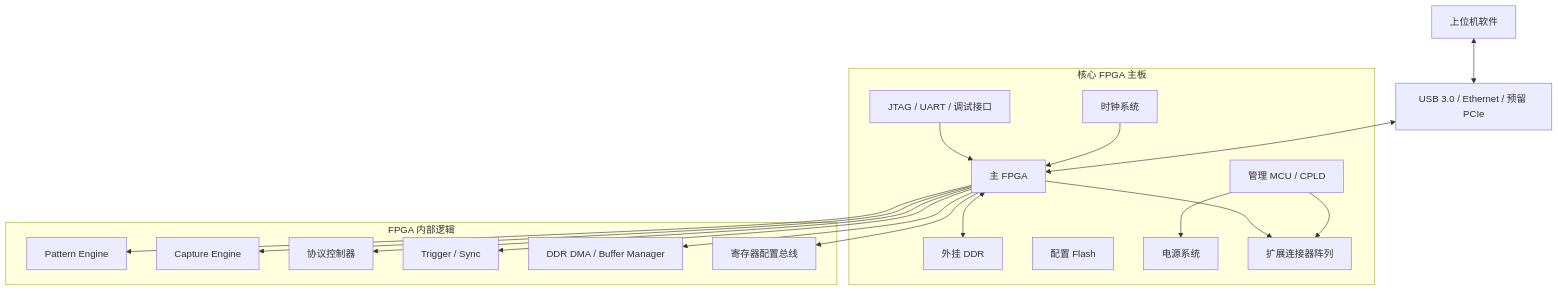
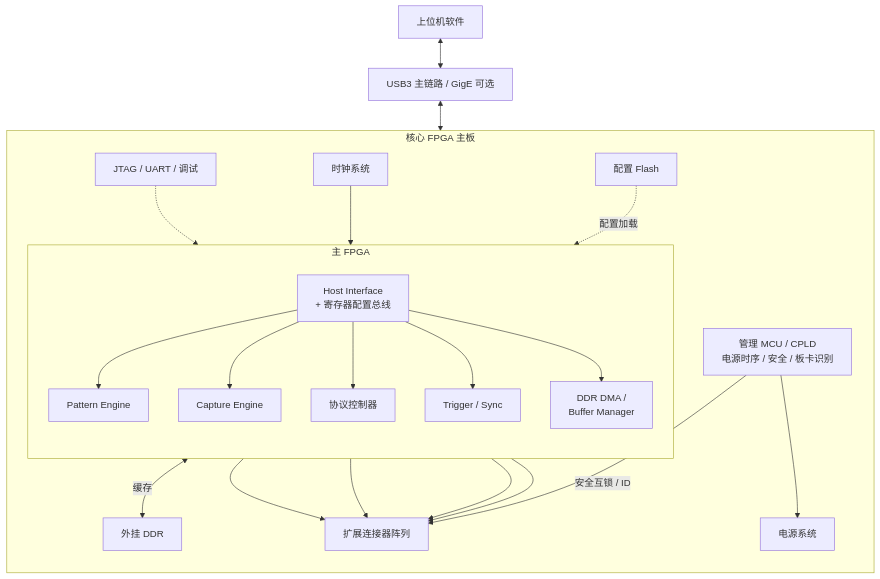
The diagram in 03-核心FPGA主板设计.md (mynamelcz/fpga-test-platform), drawn with Mermaid before and after one commit. The commit also changed other lines of this file and 13 other files, not shown here.

````diff
--- a/03-核心FPGA主板设计.md
+++ b/03-核心FPGA主板设计.md
@@ -55,39 +55,46 @@
 ```mermaid
 flowchart TB
-    PC[上位机软件]
-    USB[USB 3.0 / Ethernet / 预留 PCIe]
+    PC["上位机软件"]
+    USB["USB3 主链路 / GigE 可选"]
 
-    subgraph Board[核心 FPGA 主板]
-        FPGA[主 FPGA]
-        DDR[外挂 DDR]
-        Flash[配置 Flash]
-        MCU[管理 MCU / CPLD]
-        CLK[时钟系统]
-        PMIC[电源系统]
-        CONN[扩展连接器阵列]
-        DBG[JTAG / UART / 调试接口]
+    subgraph Board["核心 FPGA 主板"]
+        direction TB
+
+        subgraph FPGA["主 FPGA"]
+            direction TB
+            Host["Host Interface<br/>+ 寄存器配置总线"]
+            Pattern["Pattern Engine"]
+            Capture["Capture Engine"]
+            Proto["协议控制器"]
+            Trigger["Trigger / Sync"]
+            DMA["DDR DMA /<br/>Buffer Manager"]
+        end
+
+        DDR["外挂 DDR"]
+        Flash["配置 Flash"]
+        MCU["管理 MCU / CPLD<br/>电源时序 / 安全 / 板卡识别"]
+        CLK["时钟系统"]
+        PMIC["电源系统"]
+        CONN["扩展连接器阵列"]
+        DBG["JTAG / UART / 调试"]
     end
 
-    subgraph FPGA_INT[FPGA 内部逻辑]
-        Pattern[Pattern Engine]
-        Capture[Capture Engine]
-        Proto[协议控制器]
-        Trigger[Trigger / Sync]
-        DMA[DDR DMA / Buffer Manager]
-        Reg[寄存器配置总线]
-    end
+    PC <--> USB
+    USB <--> Host
+    Host --> Pattern & Capture & Proto & Trigger & DMA
 
-    PC <--> USB <--> FPGA
-    FPGA <--> DDR
-    FPGA --> Pattern
-    FPGA --> Capture
-    FPGA --> Proto
-    FPGA --> Trigger
-    FPGA --> DMA
-    FPGA --> Reg
+    DMA <-->|"缓存"| DDR
+    Flash -.->|"配置加载"| FPGA
+    CLK --> FPGA
+    DBG -.-> FPGA
+
+    %% 面向 DUT 的资源经连接器引出
+    Pattern --> CONN
+    Capture --> CONN
+    Proto --> CONN
+    Trigger --> CONN
+
+    %% 安全链路独立于主 FPGA
     MCU --> PMIC
-    MCU --> CONN
-    CLK --> FPGA
-    FPGA --> CONN
-    DBG --> FPGA
+    MCU -->|"安全互锁 / ID"| CONN
 ```
````
